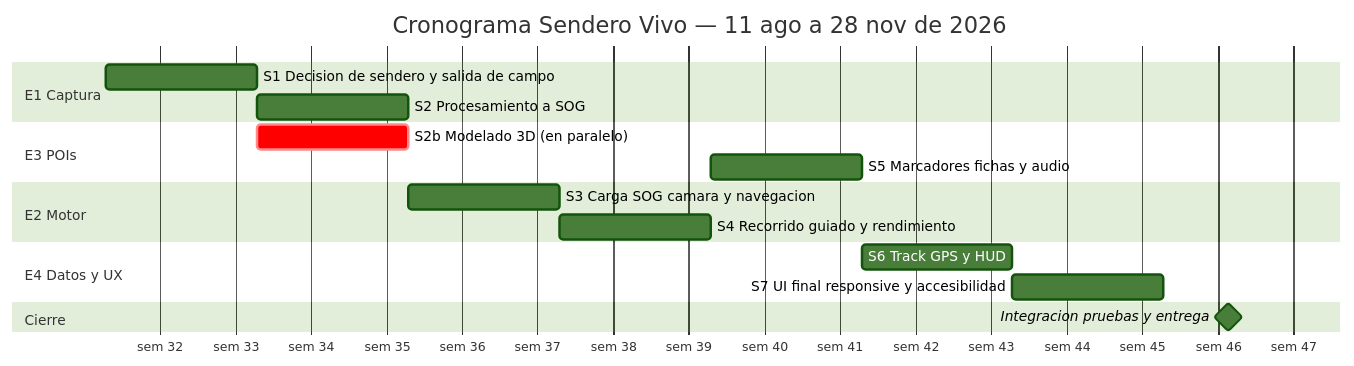
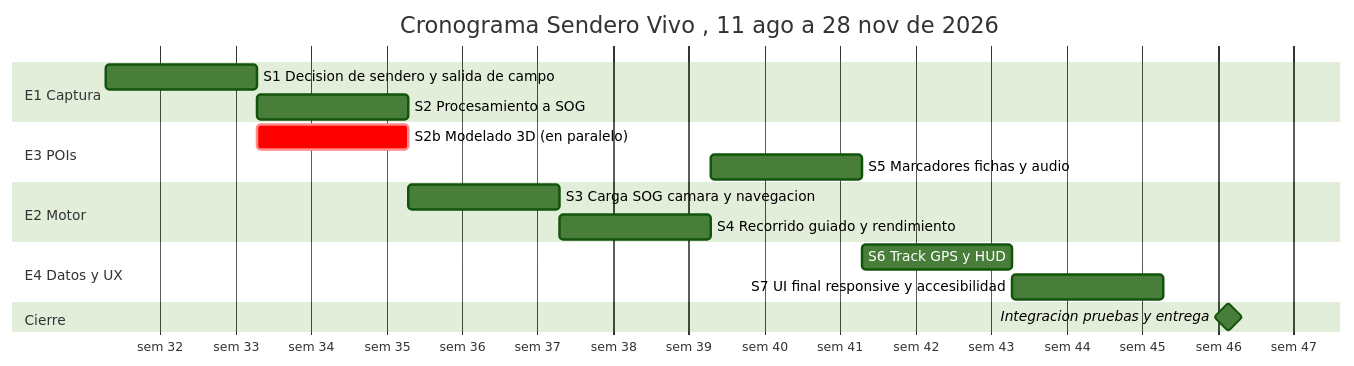
Before and after one commit to JuanUrrego146/SenderoVivo: the diagram in docs/04-actividades-y-roles.md, drawn with Mermaid (forest theme). The commit also changed other lines of this file and 18 other files, not shown here.

````diff
--- a/docs/04-actividades-y-roles.md
+++ b/docs/04-actividades-y-roles.md
@@ -56,25 +56,25 @@
 ```mermaid
 gantt
-    title Cronograma Sendero Vivo — 11 ago a 28 nov de 2026
+    title Cronograma Sendero Vivo , 11 ago a 28 nov de 2026
     dateFormat YYYY-MM-DD
     axisFormat sem %W
 
     section E1 Captura
     S1 Decision de sendero y salida de campo   :e1s1, 2026-08-11, 14d
     S2 Procesamiento a SOG                     :e1s2, 2026-08-25, 14d
 
     section E3 POIs
     S2b Modelado 3D (en paralelo)              :crit, e3s1, 2026-08-25, 14d
     S5 Marcadores fichas y audio               :e3s2, 2026-10-06, 14d
 
     section E2 Motor
     S3 Carga SOG camara y navegacion           :e2s1, 2026-09-08, 14d
     S4 Recorrido guiado y rendimiento          :e2s2, 2026-09-22, 14d
 
     section E4 Datos y UX
     S6 Track GPS y HUD                         :e4s1, 2026-10-20, 14d
     S7 UI final responsive y accesibilidad     :e4s2, 2026-11-03, 14d
 
     section Cierre
     Integracion pruebas y entrega              :milestone, cierre, 2026-11-17, 12d
 ```
````
